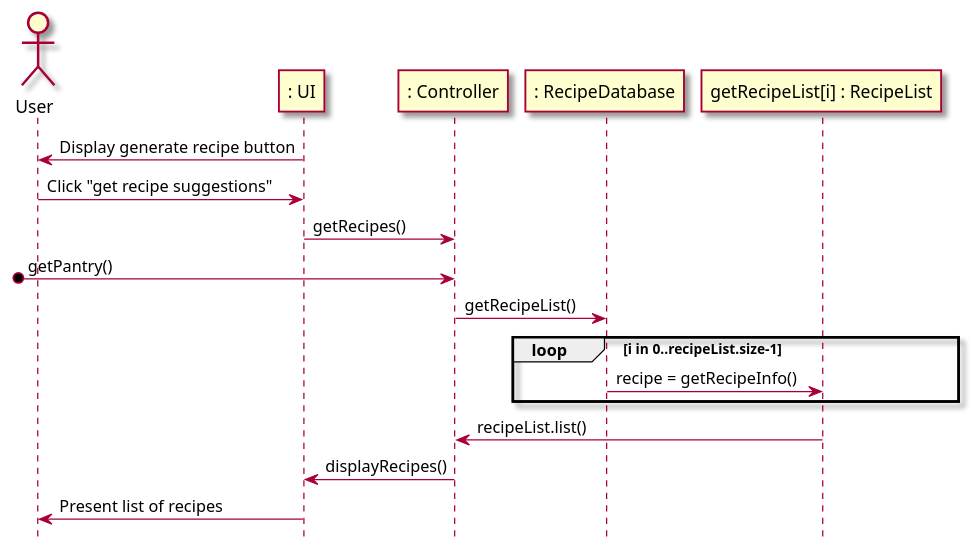
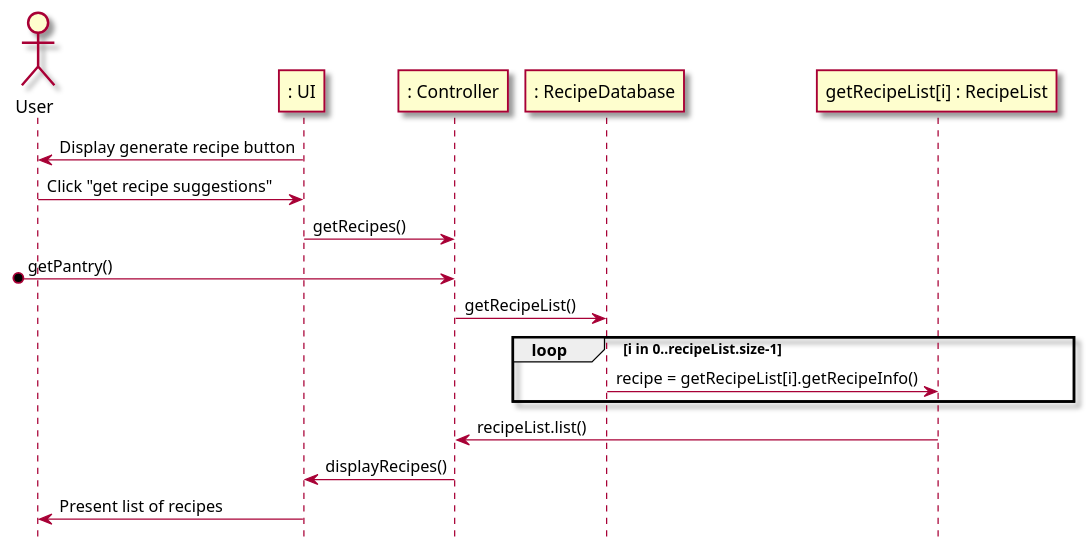
One commit to berthashipper/Pantry-Pal-Android-Application changed the second of 2 diagrams in intellij/doc/use-cases/generate_recipe.md. Above: the diagram before and after it, drawn with PlantUML. The commit also changed 1 other file, not shown here.

Commit message:
Update filter_recipe sequence diagram

`````diff
--- a/intellij/doc/use-cases/generate_recipe.md
+++ b/intellij/doc/use-cases/generate_recipe.md
@@ -63,28 +63,28 @@
 ```plantuml
 @startuml
 skin rose
 
 hide footbox
 
 actor User as user
 participant ": UI" as ui
 participant ": Controller" as cont
 participant ": RecipeDatabase" as recd
 
 ui -> user : Display generate recipe button
 user -> ui : Click "get recipe suggestions"
 ui -> cont : getRecipes()
 [o-> cont : getPantry()
 
 participant "getRecipeList[i] : RecipeList" as rec
 cont -> recd : getRecipeList()
 loop i in 0..recipeList.size-1
-recd -> rec : recipe = getRecipeInfo()
+recd -> rec : recipe = getRecipeList[i].getRecipeInfo()
 end
 
 rec -> cont : recipeList.list()
 cont -> ui : displayRecipes()
 ui -> user : Present list of recipes
 
 @enduml
 ````
`````
